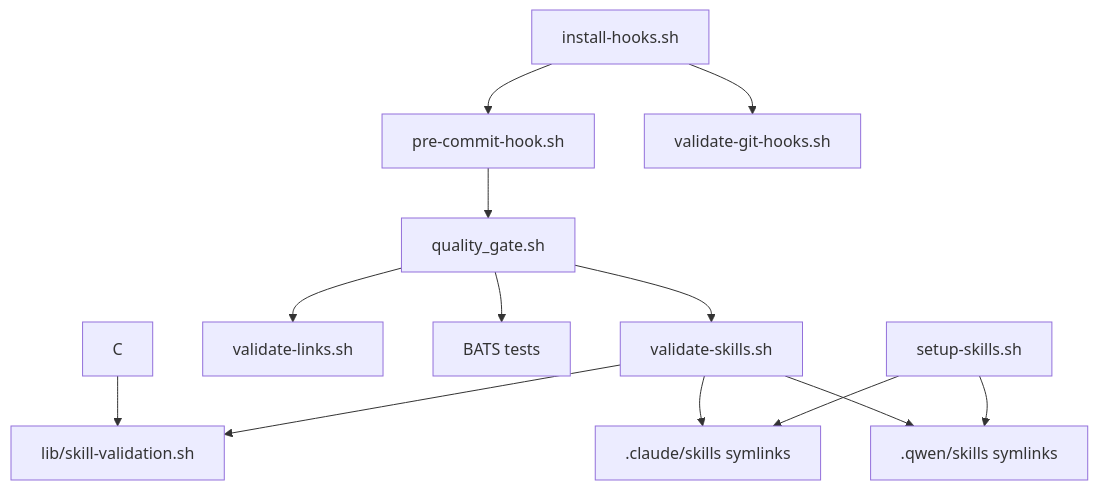
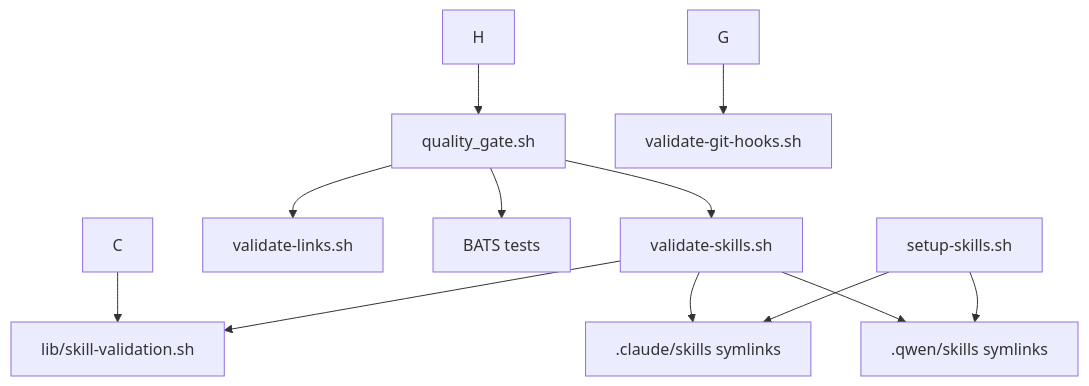
The diagram in agents-docs/SCRIPTS.md (d-o-hub/github-template-ai-agents), drawn with Mermaid before and after one commit. The commit also changed other lines of this file and 51 other files, not shown here.

````diff
--- a/agents-docs/SCRIPTS.md
+++ b/agents-docs/SCRIPTS.md
@@ -84,16 +83,15 @@
 ```mermaid
 graph TD
     A[quality_gate.sh] --> B[validate-skills.sh]
 
     A --> D[validate-links.sh]
     A --> E[BATS tests]
     B --> F[lib/skill-validation.sh]
     C --> F
-    G[install-hooks.sh] --> H[pre-commit-hook.sh]
     G --> I[validate-git-hooks.sh]
     H --> A
     J[setup-skills.sh] --> K[.claude/skills symlinks]
     J --> M[.qwen/skills symlinks]
     B --> K
     B --> M
 ```
````
